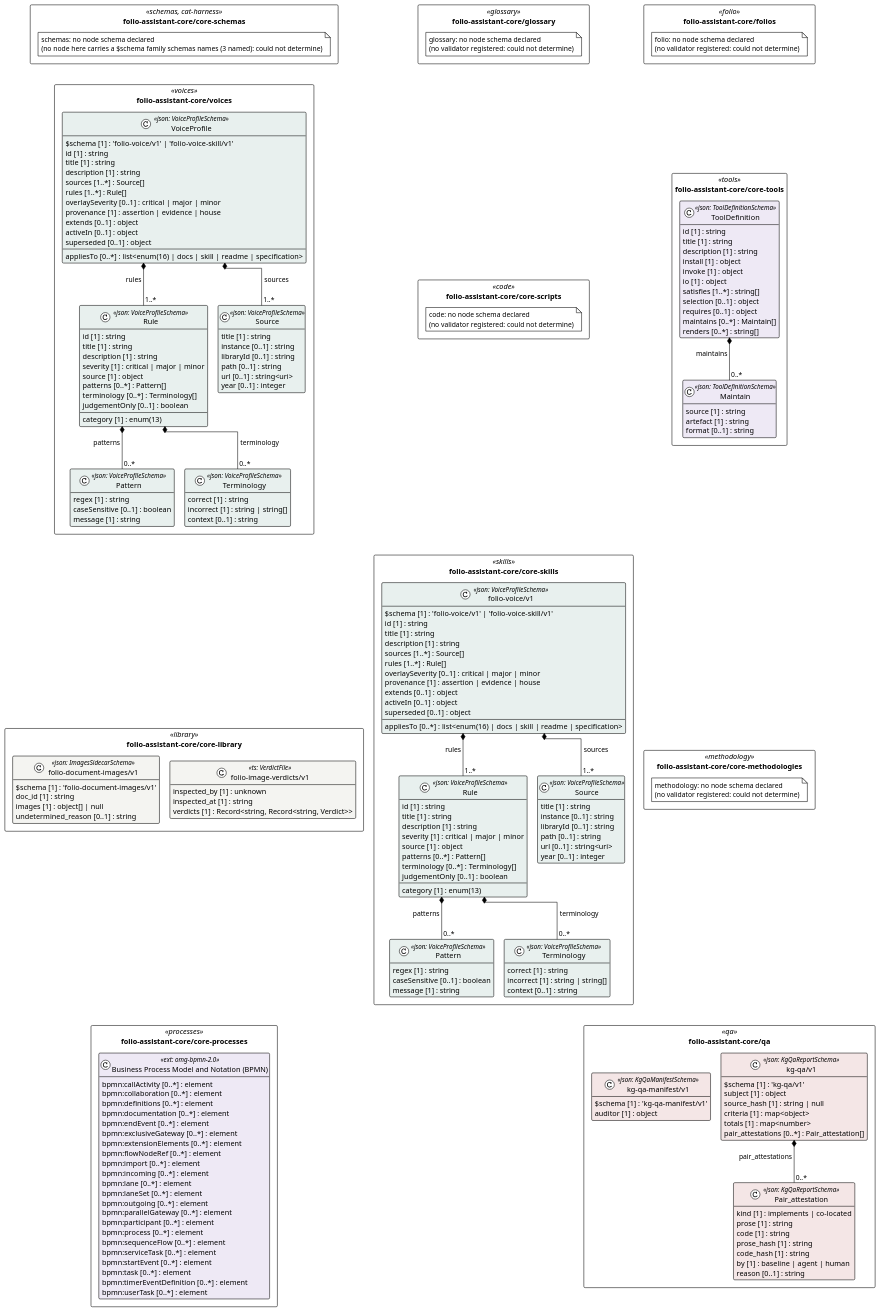
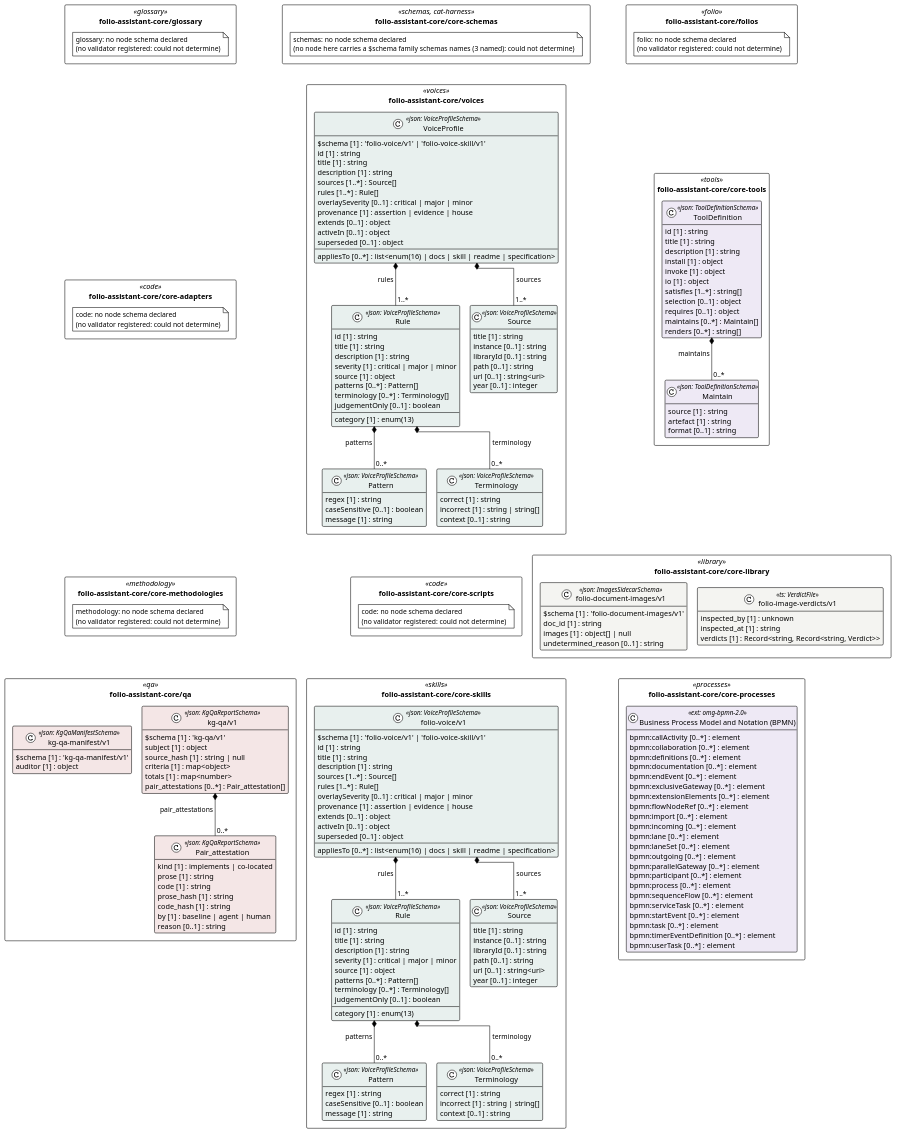
Before and after one commit to litlfred/folio-assistant: the diagram in cat-harness/uml/overview/folio-assistant-core.puml, drawn with PlantUML. The commit also changed 50 other files, not shown here.

First line of the commit message:
ADAPTERS CLOSURE step 2/2 (ybp4): adapters/document -> core, escape axis 2 -> 0

```diff
--- a/cat-harness/uml/overview/folio-assistant-core.puml
+++ b/cat-harness/uml/overview/folio-assistant-core.puml
@@ -81,6 +81,9 @@
     maintains [0..*] : Maintain[]
     renders [0..*] : string[]
   }
+}
+package "folio-assistant-core/core-adapters" as pkg_folio_assistant_core_core_adapters <<code>> {
+  note "code: no node schema declared\n(no validator registered: could not determine)" as n_folio_assistant_core_core_adapters_code
 }
 package "folio-assistant-core/core-scripts" as pkg_folio_assistant_core_core_scripts <<code>> {
   note "code: no node schema declared\n(no validator registered: could not determine)" as n_folio_assistant_core_core_scripts_code
@@ -206,12 +209,13 @@
 folio_assistant_core_core_skills_folio_voice_v1_Rule *-- "0..*" folio_assistant_core_core_skills_folio_voice_v1_Terminology : terminology
 folio_assistant_core_core_skills_folio_voice_v1_folio_voice_v1 *-- "1..*" folio_assistant_core_core_skills_folio_voice_v1_Rule : rules
 folio_assistant_core_qa_kg_qa_v1_kg_qa_v1 *-- "0..*" folio_assistant_core_qa_kg_qa_v1_Pair_attestation : pair_attestations
-' grid: portrait, 3 column(s) — pkg_folio_assistant_core_core_schemas pkg_folio_assistant_core_folios pkg_folio_assistant_core_glossary pkg_folio_assistant_core_voices pkg_folio_assistant_core_core_tools pkg_folio_assistant_core_core_scripts pkg_folio_assistant_core_core_library pkg_folio_assistant_core_core_methodologies pkg_folio_assistant_core_core_skills pkg_folio_assistant_core_core_processes pkg_folio_assistant_core_qa
+' grid: portrait, 3 column(s) — pkg_folio_assistant_core_core_schemas pkg_folio_assistant_core_folios pkg_folio_assistant_core_glossary pkg_folio_assistant_core_voices pkg_folio_assistant_core_core_tools pkg_folio_assistant_core_core_adapters pkg_folio_assistant_core_core_scripts pkg_folio_assistant_core_core_library pkg_folio_assistant_core_core_methodologies pkg_folio_assistant_core_core_skills pkg_folio_assistant_core_core_processes pkg_folio_assistant_core_qa
 pkg_folio_assistant_core_core_schemas -[hidden]down- pkg_folio_assistant_core_voices
 pkg_folio_assistant_core_folios -[hidden]down- pkg_folio_assistant_core_core_tools
-pkg_folio_assistant_core_glossary -[hidden]down- pkg_folio_assistant_core_core_scripts
-pkg_folio_assistant_core_voices -[hidden]down- pkg_folio_assistant_core_core_library
-pkg_folio_assistant_core_core_tools -[hidden]down- pkg_folio_assistant_core_core_methodologies
+pkg_folio_assistant_core_glossary -[hidden]down- pkg_folio_assistant_core_core_adapters
+pkg_folio_assistant_core_voices -[hidden]down- pkg_folio_assistant_core_core_scripts
+pkg_folio_assistant_core_core_tools -[hidden]down- pkg_folio_assistant_core_core_library
+pkg_folio_assistant_core_core_adapters -[hidden]down- pkg_folio_assistant_core_core_methodologies
 pkg_folio_assistant_core_core_scripts -[hidden]down- pkg_folio_assistant_core_core_skills
 pkg_folio_assistant_core_core_library -[hidden]down- pkg_folio_assistant_core_core_processes
 pkg_folio_assistant_core_core_methodologies -[hidden]down- pkg_folio_assistant_core_qa
```
